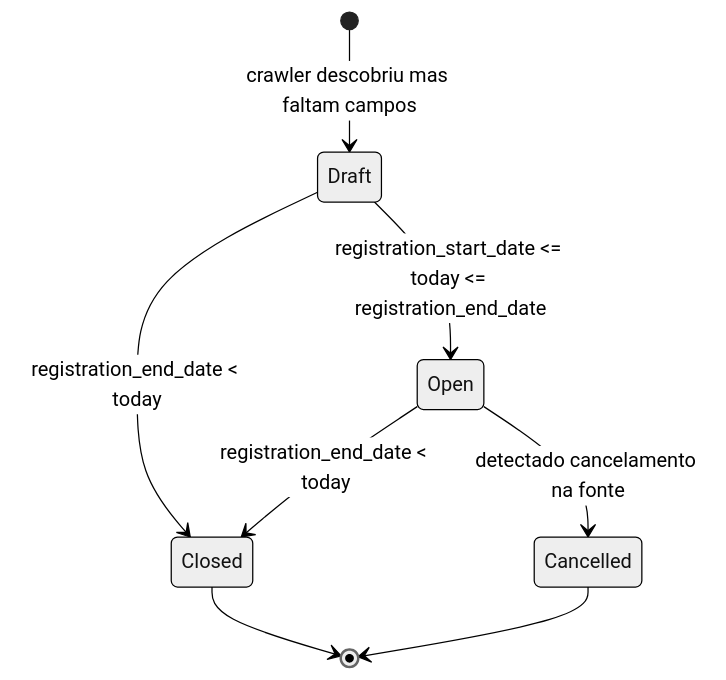
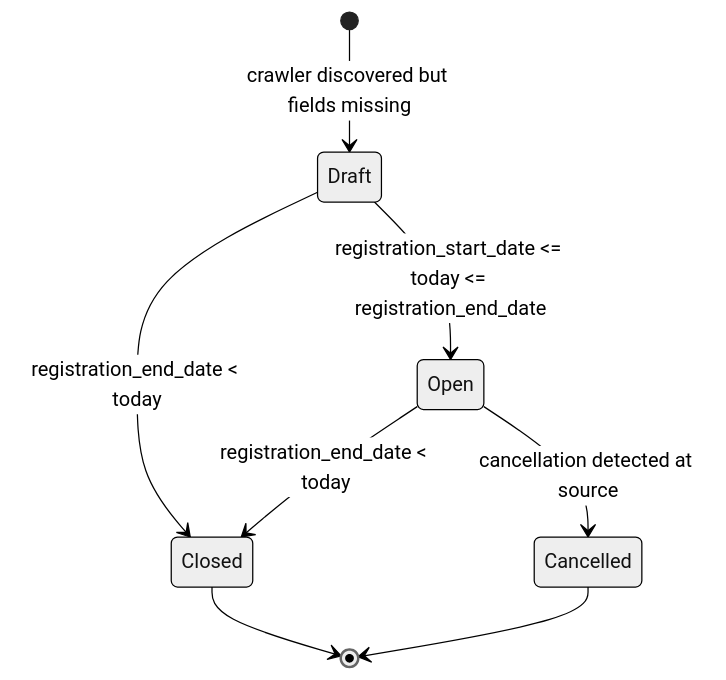
Before and after one commit to merlinfachetti/civic-radar: the eighth of 9 diagrams in docs/ARCHITECTURE.md, drawn with Mermaid (neutral theme). The commit also changed other lines of this file and 17 other files, not shown here.

````diff
--- a/docs/ARCHITECTURE.md
+++ b/docs/ARCHITECTURE.md
@@ -333,10 +333,10 @@
 ```mermaid
 stateDiagram-v2
-    [*] --> Draft : crawler descobriu mas faltam campos
+    [*] --> Draft : crawler discovered but fields missing
     Draft --> Open : registration_start_date <= today <= registration_end_date
     Draft --> Closed : registration_end_date < today
     Open --> Closed : registration_end_date < today
-    Open --> Cancelled : detectado cancelamento na fonte
+    Open --> Cancelled : cancellation detected at source
     Closed --> [*]
     Cancelled --> [*]
 ```
````
